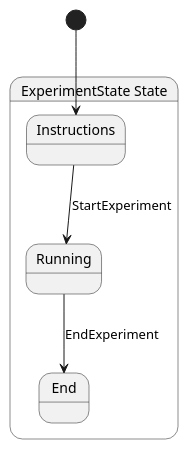
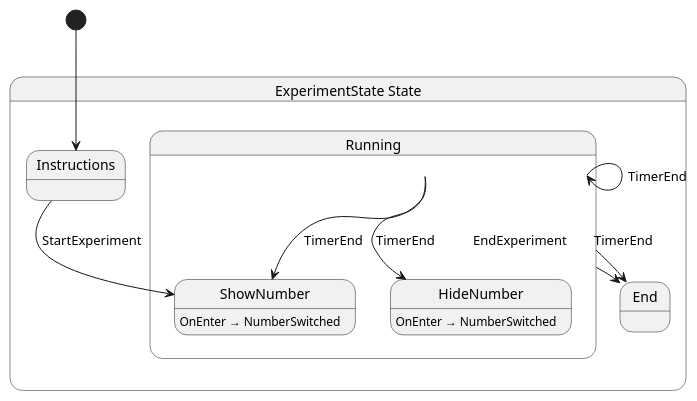
One commit to CFerndp/mastervr changed the diagram in experiments/p300/scripts/states/ExperimentState.g.puml. Above: the diagram before and after it, drawn with PlantUML. The commit also changed 7 other files, not shown here.

```diff
--- a/experiments/p300/scripts/states/ExperimentState.g.puml
+++ b/experiments/p300/scripts/states/ExperimentState.g.puml
@@ -1,11 +1,22 @@
 @startuml ExperimentState
 state "ExperimentState State" as ExperimentState_State {
   state "Instructions" as ExperimentState_State_Instructions
-  state "Running" as ExperimentState_State_Running
+  state "Running" as ExperimentState_State_Running {
+    state "ShowNumber" as ExperimentState_State_Running_ShowNumber
+    state "HideNumber" as ExperimentState_State_Running_HideNumber
+  }
   state "End" as ExperimentState_State_End
 }
 
-ExperimentState_State_Instructions --> ExperimentState_State_Running : StartExperiment
+ExperimentState_State_Instructions --> ExperimentState_State_Running_ShowNumber : StartExperiment
 ExperimentState_State_Running --> ExperimentState_State_End : EndExperiment
+ExperimentState_State_Running --> ExperimentState_State_End : TimerEnd
+ExperimentState_State_Running --> ExperimentState_State_Running : TimerEnd
+ExperimentState_State_Running --> ExperimentState_State_Running_HideNumber : TimerEnd
+ExperimentState_State_Running --> ExperimentState_State_Running_ShowNumber : TimerEnd
+
+ExperimentState_State_Running_HideNumber : OnEnter → NumberSwitched
+ExperimentState_State_Running_ShowNumber : OnEnter → NumberSwitched
+
 [*] --> ExperimentState_State_Instructions
 @enduml
```
